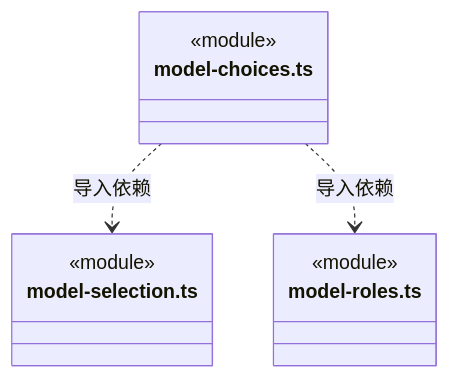
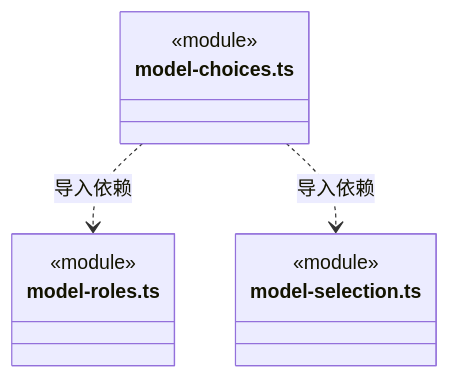
One commit to nan023062/cbim changed the sixth of 6 diagrams in src/logic/engines/rules/ARCHITECTURE.md. Above: the diagram before and after it, drawn with Mermaid. The commit also changed other lines of this file and 112 other files, not shown here.

Commit message:
docs: align source architecture with current declarations and contracts

````diff
--- a/src/logic/engines/rules/ARCHITECTURE.md
+++ b/src/logic/engines/rules/ARCHITECTURE.md
@@ -119,14 +119,14 @@
 ```mermaid
 classDiagram
 class N_src_logic_engines_rules_model_choices_ts["model-choices.ts"] {
   <<module>>
 }
+class N_src_logic_engines_rules_model_roles_ts["model-roles.ts"] {
+  <<module>>
+}
 class N_src_logic_engines_rules_model_selection_ts["model-selection.ts"] {
   <<module>>
 }
-class N_src_logic_engines_rules_model_roles_ts["model-roles.ts"] {
-  <<module>>
-}
+N_src_logic_engines_rules_model_choices_ts ..> N_src_logic_engines_rules_model_roles_ts : 导入依赖
 N_src_logic_engines_rules_model_choices_ts ..> N_src_logic_engines_rules_model_selection_ts : 导入依赖
-N_src_logic_engines_rules_model_choices_ts ..> N_src_logic_engines_rules_model_roles_ts : 导入依赖
 ```
````
